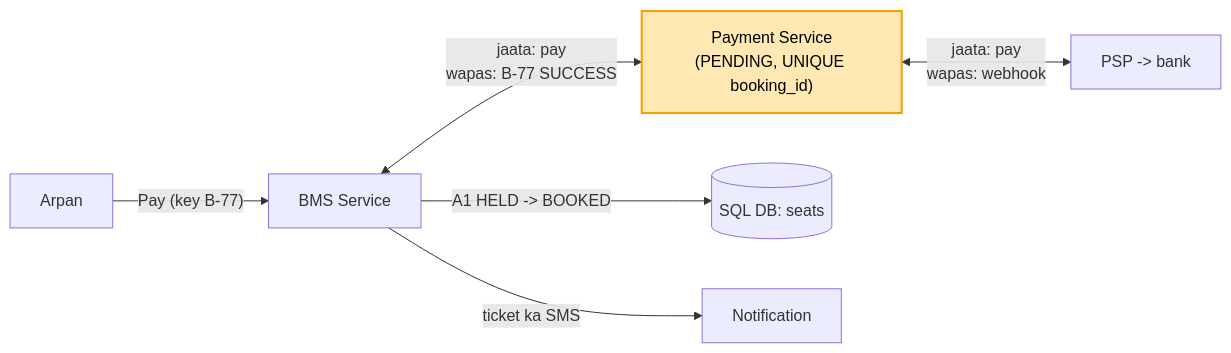
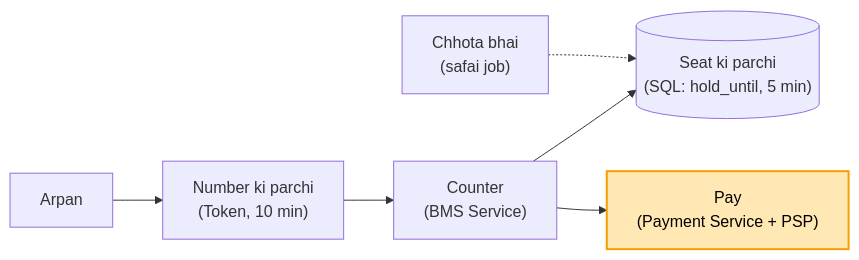
The fourth of 4 diagrams in 04_HLD/SYSTEM_DESIGNS/09_bookmyshow/09_bookmyshow.md (ArpanMaheshwari144/Prep), drawn with Mermaid before and after one commit. The commit also changed other lines of this file and 13 other files, not shown here.

````diff
--- a/04_HLD/SYSTEM_DESIGNS/09_bookmyshow/09_bookmyshow.md
+++ b/04_HLD/SYSTEM_DESIGNS/09_bookmyshow/09_bookmyshow.md
@@ -301,9 +121,9 @@
 ```mermaid
 flowchart LR
-    U["Arpan"] -- "Pay (key B-77)" --> S["BMS Service"]
-    S <-->|"jaata: pay<br/>wapas: B-77 SUCCESS"| P["Payment Service<br/>(PENDING, UNIQUE booking_id)"]
-    P <-->|"jaata: pay<br/>wapas: webhook"| G["PSP -> bank"]
-    S -- "A1 HELD -> BOOKED" --> D[("SQL DB: seats")]
-    S -- "ticket ka SMS" --> N["Notification"]
-    style P fill:#ffe8b3,stroke:#f59f00,stroke-width:2px,color:#000
+    A["Arpan"] --> W["Number ki parchi<br/>(Token, 10 min)"]
+    W --> S["Counter<br/>(BMS Service)"]
+    S --> D[("Seat ki parchi<br/>(SQL: hold_until, 5 min)")]
+    J["Chhota bhai<br/>(safai job)"] -.-> D
+    S --> Pay["Pay<br/>(Payment Service + PSP)"]
+    style Pay fill:#ffe8b3,stroke:#f59f00,stroke-width:2px,color:#000
 ```
````
